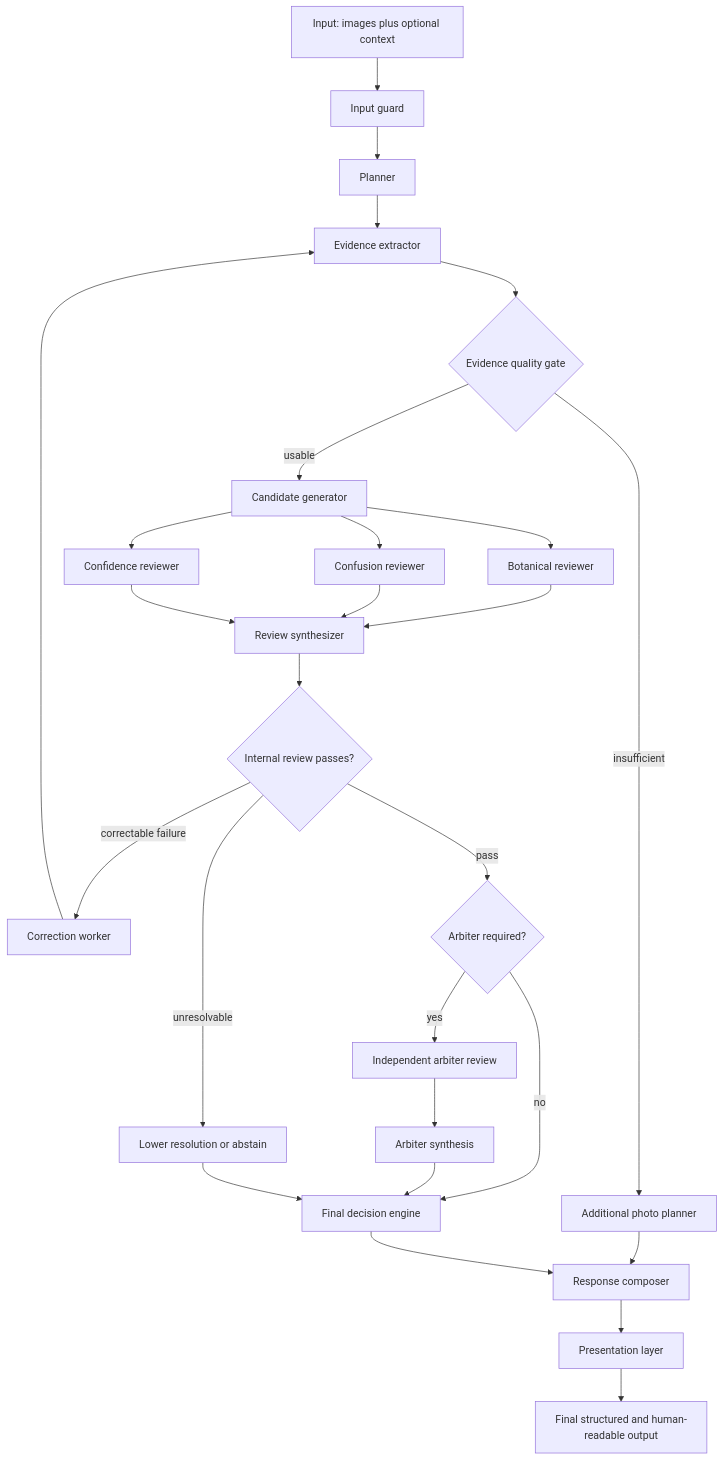
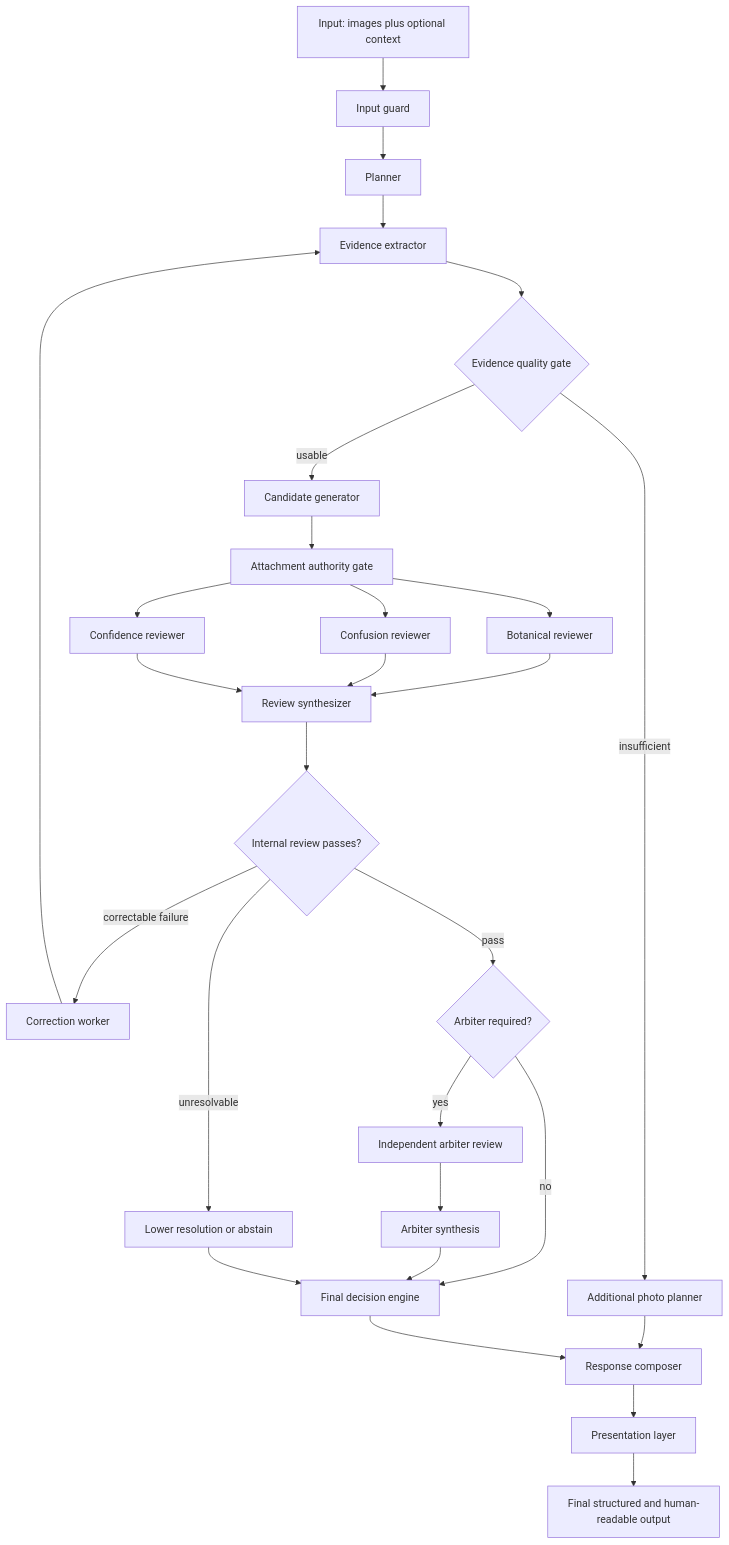
Before and after one commit to Dendro-Inspector/Dendro-Inspector: the diagram in README.md, drawn with Mermaid. The commit also changed 18 other files, not shown here.

````diff
--- a/README.md
+++ b/README.md
@@ -45,51 +45,53 @@
 ```mermaid
 flowchart TD
     INPUT[Input: images plus optional context]
     INPUT_GUARD[Input guard]
     PLANNER[Planner]
     EVIDENCE_EXTRACTOR[Evidence extractor]
     EVIDENCE_QUALITY{Evidence quality gate}
     PHOTO_PLANNER[Additional photo planner]
     CANDIDATE_GENERATOR[Candidate generator]
+    ATTACHMENT_AUTHORITY_GATE[Attachment authority gate]
     BOTANICAL_REVIEWER[Botanical reviewer]
     CONFUSION_REVIEWER[Confusion reviewer]
     CONFIDENCE_REVIEWER[Confidence reviewer]
     REVIEW_SYNTHESIZER[Review synthesizer]
     INTERNAL_GATE{Internal review passes?}
     CORRECTION_WORKER[Correction worker]
     ABSTAIN[Lower resolution or abstain]
     ESCALATION_GATE{Arbiter required?}
     ARBITER[Independent arbiter review]
     ARBITER_SYNTHESIZER[Arbiter synthesis]
     FINAL_DECISION[Final decision engine]
     RESPONSE_COMPOSER[Response composer]
     TONE_LAYER[Presentation layer]
     OUTPUT[Final structured and human-readable output]
 
     INPUT --> INPUT_GUARD
     INPUT_GUARD --> PLANNER
     PLANNER --> EVIDENCE_EXTRACTOR
     EVIDENCE_EXTRACTOR --> EVIDENCE_QUALITY
     EVIDENCE_QUALITY -->|insufficient| PHOTO_PLANNER
     PHOTO_PLANNER --> RESPONSE_COMPOSER
     EVIDENCE_QUALITY -->|usable| CANDIDATE_GENERATOR
-    CANDIDATE_GENERATOR --> BOTANICAL_REVIEWER
-    CANDIDATE_GENERATOR --> CONFUSION_REVIEWER
-    CANDIDATE_GENERATOR --> CONFIDENCE_REVIEWER
+    CANDIDATE_GENERATOR --> ATTACHMENT_AUTHORITY_GATE
+    ATTACHMENT_AUTHORITY_GATE --> BOTANICAL_REVIEWER
+    ATTACHMENT_AUTHORITY_GATE --> CONFUSION_REVIEWER
+    ATTACHMENT_AUTHORITY_GATE --> CONFIDENCE_REVIEWER
     BOTANICAL_REVIEWER --> REVIEW_SYNTHESIZER
     CONFUSION_REVIEWER --> REVIEW_SYNTHESIZER
     CONFIDENCE_REVIEWER --> REVIEW_SYNTHESIZER
     REVIEW_SYNTHESIZER --> INTERNAL_GATE
     INTERNAL_GATE -->|correctable failure| CORRECTION_WORKER
     CORRECTION_WORKER --> EVIDENCE_EXTRACTOR
     INTERNAL_GATE -->|unresolvable| ABSTAIN
     INTERNAL_GATE -->|pass| ESCALATION_GATE
     ESCALATION_GATE -->|no| FINAL_DECISION
     ESCALATION_GATE -->|yes| ARBITER
     ARBITER --> ARBITER_SYNTHESIZER
     ARBITER_SYNTHESIZER --> FINAL_DECISION
     ABSTAIN --> FINAL_DECISION
     FINAL_DECISION --> RESPONSE_COMPOSER
     RESPONSE_COMPOSER --> TONE_LAYER
     TONE_LAYER --> OUTPUT
 ```
````
